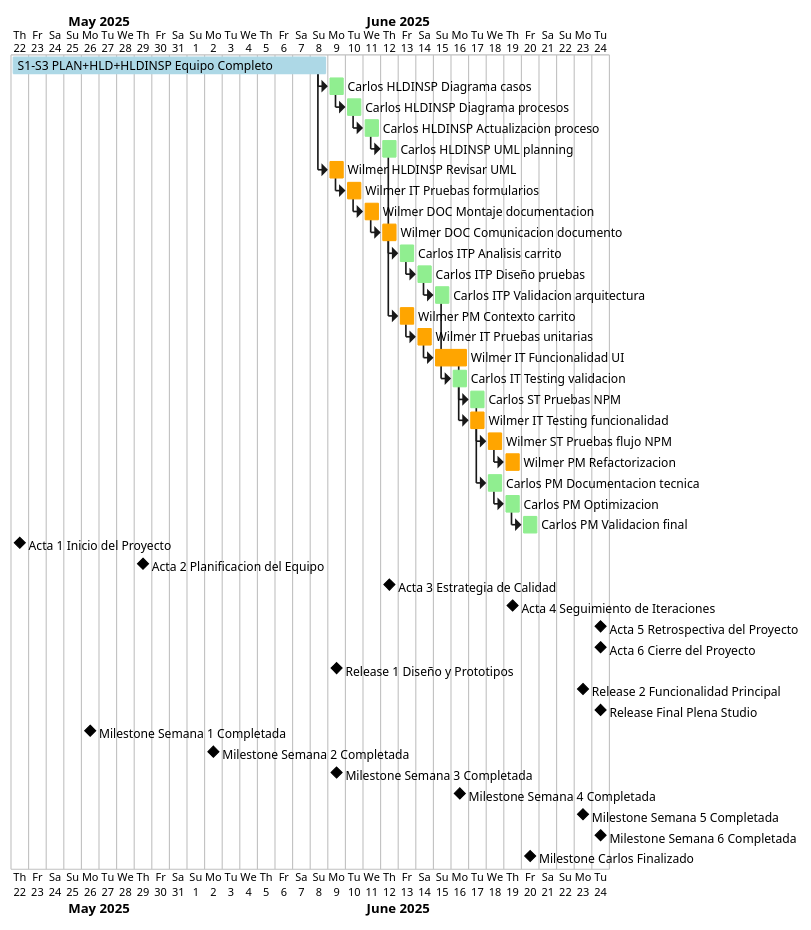
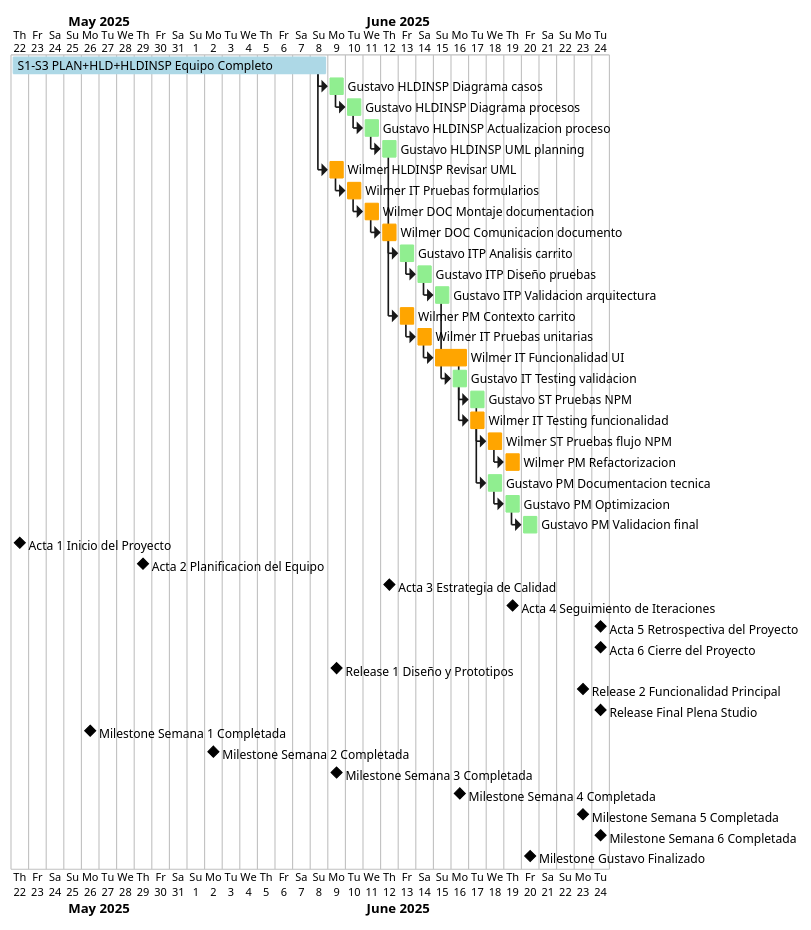
Before and after one commit to wilmereleon/PlenaStudio: the diagram in Diagramas/PUML/INTEGRACION-COMPLETA-TSPI-GITHUB.md, drawn with PlantUML. The commit also changed other lines of this file and 6 other files, not shown here.

```diff
--- a/Diagramas/PUML/INTEGRACION-COMPLETA-TSPI-GITHUB.md
+++ b/Diagramas/PUML/INTEGRACION-COMPLETA-TSPI-GITHUB.md
@@ -320,11 +320,11 @@
 [S1-S3 PLAN+HLD+HLDINSP Equipo Completo] lasts 18 days
 
 ' === SEMANA 4: HLDINSP + IT + DOC ===
-' Carlos (gagonzalezro) - Análisis y Revisión
-[Carlos HLDINSP Diagrama casos] lasts 1 days
-[Carlos HLDINSP Diagrama procesos] lasts 1 days
-[Carlos HLDINSP Actualizacion proceso] lasts 1 days
-[Carlos HLDINSP UML planning] lasts 1 days
+' Gustavo Adolfo González (gagonzalezro) - Análisis y Revisión
+[Gustavo HLDINSP Diagrama casos] lasts 1 days
+[Gustavo HLDINSP Diagrama procesos] lasts 1 days
+[Gustavo HLDINSP Actualizacion proceso] lasts 1 days
+[Gustavo HLDINSP UML planning] lasts 1 days
 
 ' Wilmer - Desarrollo y Documentación
 [Wilmer HLDINSP Revisar UML] lasts 1 days
@@ -333,10 +333,10 @@
 [Wilmer DOC Comunicacion documento] lasts 1 days
 
 ' === SEMANA 5: ITERACION 2 - PM + IT ===
-' Carlos - Análisis y Planificación
-[Carlos ITP Analisis carrito] lasts 1 days
-[Carlos ITP Diseño pruebas] lasts 1 days
-[Carlos ITP Validacion arquitectura] lasts 1 days
+' Gustavo - Análisis y Planificación
+[Gustavo ITP Analisis carrito] lasts 1 days
+[Gustavo ITP Diseño pruebas] lasts 1 days
+[Gustavo ITP Validacion arquitectura] lasts 1 days
 
 ' Wilmer - Implementación y Desarrollo
 [Wilmer PM Contexto carrito] lasts 1 days
@@ -344,33 +344,33 @@
 [Wilmer IT Funcionalidad UI] lasts 2 days
 
 ' === SEMANA 6: TESTING Y FINALIZACION ===
-' Carlos - Testing y Validación
-[Carlos IT Testing validacion] lasts 1 days
-[Carlos ST Pruebas NPM] lasts 1 days
+' Gustavo - Testing y Validación
+[Gustavo IT Testing validacion] lasts 1 days
+[Gustavo ST Pruebas NPM] lasts 1 days
 
 ' Wilmer - Testing y Refactorización
 [Wilmer IT Testing funcionalidad] lasts 1 days
 [Wilmer ST Pruebas flujo NPM] lasts 1 days
 [Wilmer PM Refactorizacion] lasts 1 days
 
-' === SEMANA 7: CARLOS EXTENDIDA - PM + DOC ===
-[Carlos PM Documentacion tecnica] lasts 1 days
-[Carlos PM Optimizacion] lasts 1 days
-[Carlos PM Validacion final] lasts 1 days
+' === SEMANA 7: GUSTAVO EXTENDIDA - PM + DOC ===
+[Gustavo PM Documentacion tecnica] lasts 1 days
+[Gustavo PM Optimizacion] lasts 1 days
+[Gustavo PM Validacion final] lasts 1 days
 
-' === DEPENDENCIAS CARLOS ===
-[Carlos HLDINSP Diagrama casos] starts at [S1-S3 PLAN+HLD+HLDINSP Equipo Completo]'s end
-[Carlos HLDINSP Diagrama procesos] starts at [Carlos HLDINSP Diagrama casos]'s end
-[Carlos HLDINSP Actualizacion proceso] starts at [Carlos HLDINSP Diagrama procesos]'s end
-[Carlos HLDINSP UML planning] starts at [Carlos HLDINSP Actualizacion proceso]'s end
-[Carlos ITP Analisis carrito] starts at [Carlos HLDINSP UML planning]'s end
-[Carlos ITP Diseño pruebas] starts at [Carlos ITP Analisis carrito]'s end
-[Carlos ITP Validacion arquitectura] starts at [Carlos ITP Diseño pruebas]'s end
-[Carlos IT Testing validacion] starts at [Carlos ITP Validacion arquitectura]'s end
-[Carlos ST Pruebas NPM] starts at [Carlos IT Testing validacion]'s end
-[Carlos PM Documentacion tecnica] starts at [Carlos ST Pruebas NPM]'s end
-[Carlos PM Optimizacion] starts at [Carlos PM Documentacion tecnica]'s end
-[Carlos PM Validacion final] starts at [Carlos PM Optimizacion]'s end
+' === DEPENDENCIAS GUSTAVO ===
+[Gustavo HLDINSP Diagrama casos] starts at [S1-S3 PLAN+HLD+HLDINSP Equipo Completo]'s end
+[Gustavo HLDINSP Diagrama procesos] starts at [Gustavo HLDINSP Diagrama casos]'s end
+[Gustavo HLDINSP Actualizacion proceso] starts at [Gustavo HLDINSP Diagrama procesos]'s end
+[Gustavo HLDINSP UML planning] starts at [Gustavo HLDINSP Actualizacion proceso]'s end
+[Gustavo ITP Analisis carrito] starts at [Gustavo HLDINSP UML planning]'s end
+[Gustavo ITP Diseño pruebas] starts at [Gustavo ITP Analisis carrito]'s end
+[Gustavo ITP Validacion arquitectura] starts at [Gustavo ITP Diseño pruebas]'s end
+[Gustavo IT Testing validacion] starts at [Gustavo ITP Validacion arquitectura]'s end
+[Gustavo ST Pruebas NPM] starts at [Gustavo IT Testing validacion]'s end
+[Gustavo PM Documentacion tecnica] starts at [Gustavo ST Pruebas NPM]'s end
+[Gustavo PM Optimizacion] starts at [Gustavo PM Documentacion tecnica]'s end
+[Gustavo PM Validacion final] starts at [Gustavo PM Optimizacion]'s end
 
 ' === DEPENDENCIAS WILMER ===
 [Wilmer HLDINSP Revisar UML] starts at [S1-S3 PLAN+HLD+HLDINSP Equipo Completo]'s end
@@ -404,23 +404,23 @@
 [Milestone Semana 4 Completada] happens on 2025-06-16
 [Milestone Semana 5 Completada] happens on 2025-06-23
 [Milestone Semana 6 Completada] happens on 2025-06-24
-[Milestone Carlos Finalizado] happens at [Carlos PM Validacion final]'s end
+[Milestone Gustavo Finalizado] happens at [Gustavo PM Validacion final]'s end
 
 ' === COLORES POR RESPONSABLE ===
 [S1-S3 PLAN+HLD+HLDINSP Equipo Completo] is colored in LightBlue
 
-[Carlos HLDINSP Diagrama casos] is colored in LightGreen
-[Carlos HLDINSP Diagrama procesos] is colored in LightGreen
-[Carlos HLDINSP Actualizacion proceso] is colored in LightGreen
-[Carlos HLDINSP UML planning] is colored in LightGreen
-[Carlos ITP Analisis carrito] is colored in LightGreen
-[Carlos ITP Diseño pruebas] is colored in LightGreen
-[Carlos ITP Validacion arquitectura] is colored in LightGreen
-[Carlos IT Testing validacion] is colored in LightGreen
-[Carlos ST Pruebas NPM] is colored in LightGreen
-[Carlos PM Documentacion tecnica] is colored in LightGreen
-[Carlos PM Optimizacion] is colored in LightGreen
-[Carlos PM Validacion final] is colored in LightGreen
+[Gustavo HLDINSP Diagrama casos] is colored in LightGreen
+[Gustavo HLDINSP Diagrama procesos] is colored in LightGreen
+[Gustavo HLDINSP Actualizacion proceso] is colored in LightGreen
+[Gustavo HLDINSP UML planning] is colored in LightGreen
+[Gustavo ITP Analisis carrito] is colored in LightGreen
+[Gustavo ITP Diseño pruebas] is colored in LightGreen
+[Gustavo ITP Validacion arquitectura] is colored in LightGreen
+[Gustavo IT Testing validacion] is colored in LightGreen
+[Gustavo ST Pruebas NPM] is colored in LightGreen
+[Gustavo PM Documentacion tecnica] is colored in LightGreen
+[Gustavo PM Optimizacion] is colored in LightGreen
+[Gustavo PM Validacion final] is colored in LightGreen
 
 [Wilmer HLDINSP Revisar UML] is colored in Orange
 [Wilmer IT Pruebas formularios] is colored in Orange
```
